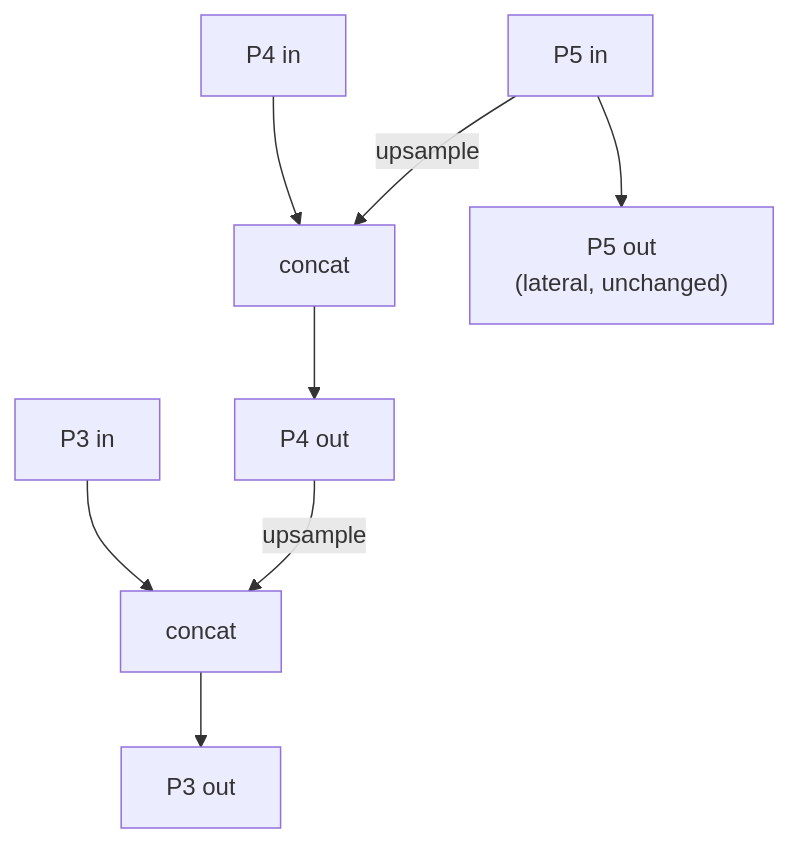
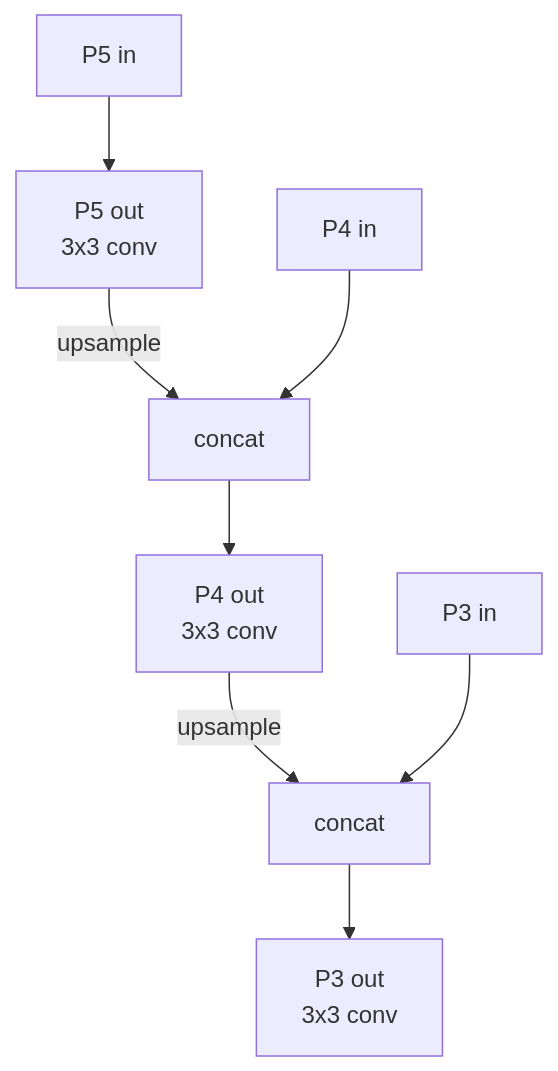
One commit to Shrey-Parekh/Ewaste changed the sixth of 7 diagrams in docs/architecture-changes.md. Above: the diagram before and after it, drawn with Mermaid. The commit also changed other lines of this file and 8 other files, not shown here.

````diff
--- a/docs/architecture-changes.md
+++ b/docs/architecture-changes.md
@@ -273,10 +273,10 @@
 ```mermaid
 flowchart TB
-    P5i["P5 in"] -->|upsample| C1["concat"]
+    P5i["P5 in"] --> P5o["P5 out<br/>3x3 conv"]
+    P5o -->|upsample| C1["concat"]
     P4i["P4 in"] --> C1
-    C1 --> P4o["P4 out"]
+    C1 --> P4o["P4 out<br/>3x3 conv"]
     P4o -->|upsample| C2["concat"]
     P3i["P3 in"] --> C2
-    C2 --> P3o["P3 out"]
-    P5i --> P5o["P5 out<br/>(lateral, unchanged)"]
+    C2 --> P3o["P3 out<br/>3x3 conv"]
 ```
````
